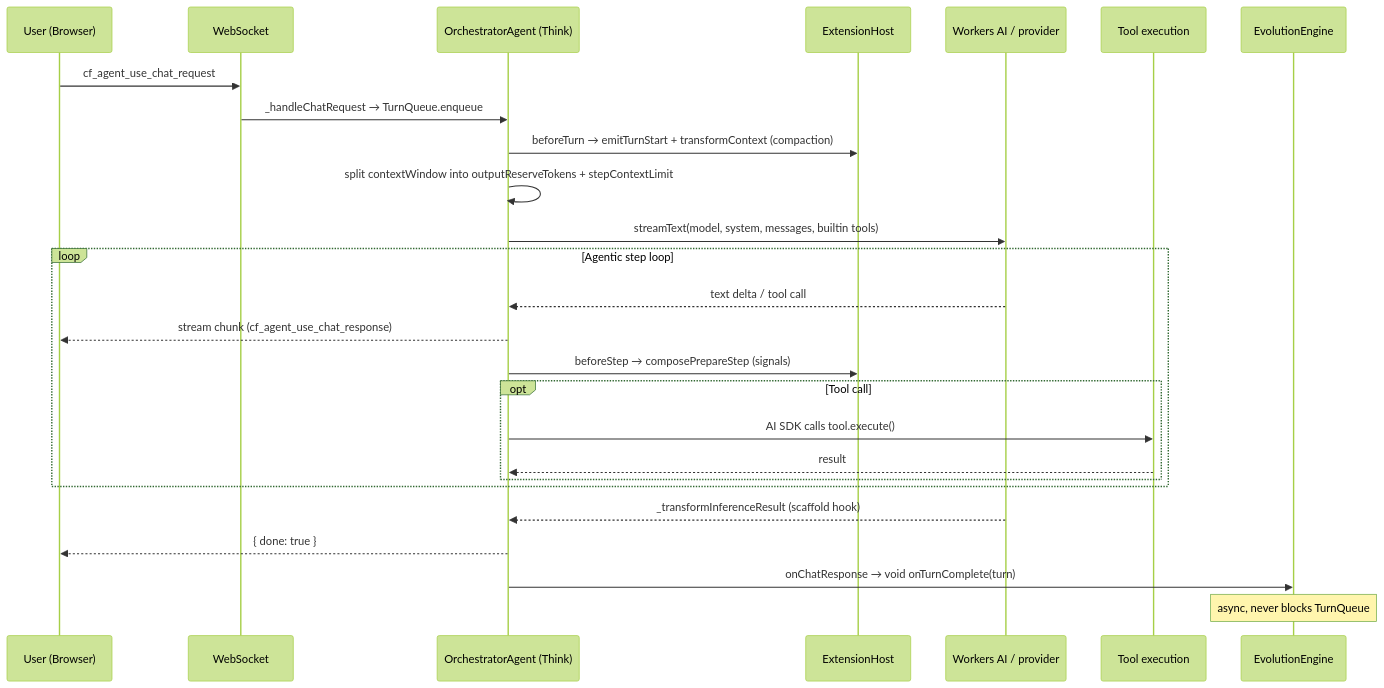
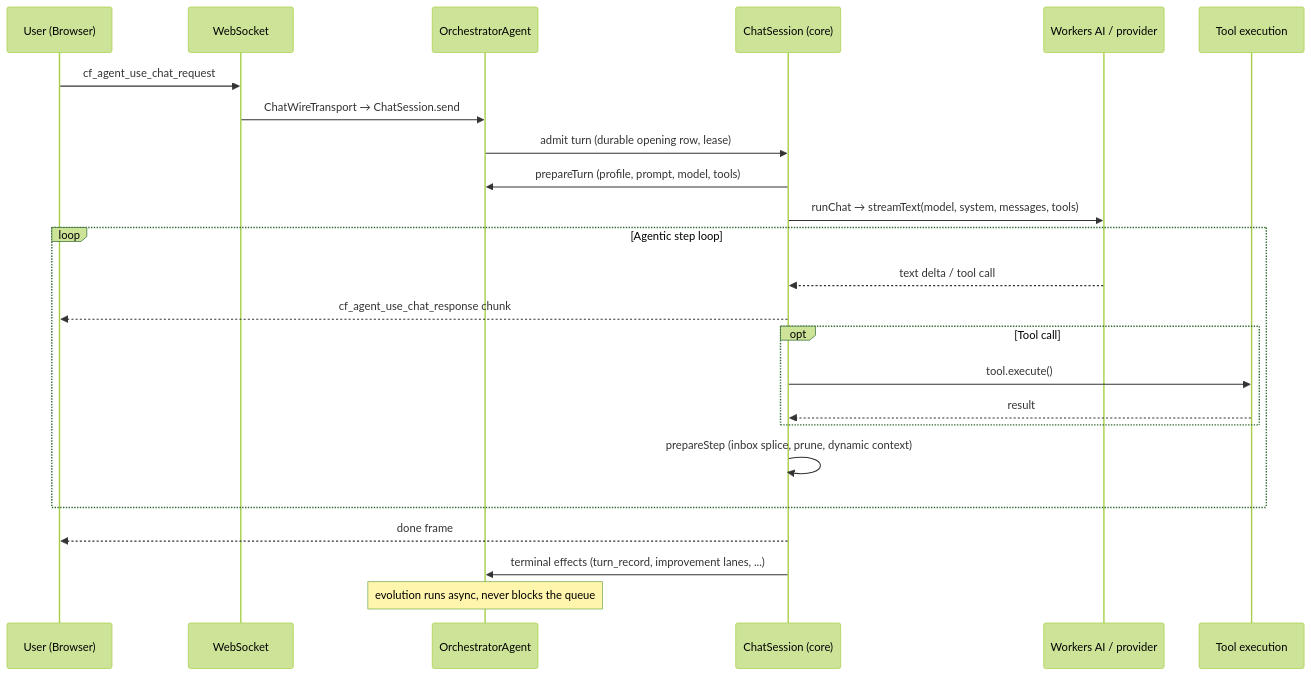
One commit to AshishKumar4/kinu changed the fourth of 5 diagrams in docs/ARCHITECTURE.md. Above: the diagram before and after it, drawn with Mermaid (forest theme). The commit also changed other lines of this file and 7 other files, not shown here.

First line of the commit message:
docs: rewrite the architecture, craft and testing docs for the core turn loop

````diff
--- a/docs/ARCHITECTURE.md
+++ b/docs/ARCHITECTURE.md
@@ -302,29 +296,27 @@
 ```mermaid
 sequenceDiagram
     participant U as User (Browser)
     participant WS as WebSocket
-    participant T as OrchestratorAgent (Think)
-    participant X as ExtensionHost
+    participant T as OrchestratorAgent
+    participant C as ChatSession (core)
     participant LLM as Workers AI / provider
     participant Tools as Tool execution
-    participant Evo as EvolutionEngine
 
     U->>WS: cf_agent_use_chat_request
-    WS->>T: _handleChatRequest → TurnQueue.enqueue
-    T->>X: beforeTurn → emitTurnStart + transformContext (compaction)
-    T->>T: split contextWindow into outputReserveTokens + stepContextLimit
-    T->>LLM: streamText(model, system, messages, builtin tools)
+    WS->>T: ChatWireTransport → ChatSession.send
+    T->>C: admit turn (durable opening row, lease)
+    C->>T: prepareTurn (profile, prompt, model, tools)
+    C->>LLM: runChat → streamText(model, system, messages, tools)
     loop Agentic step loop
-        LLM-->>T: text delta / tool call
-        T-->>U: stream chunk (cf_agent_use_chat_response)
-        T->>X: beforeStep → composePrepareStep (signals)
+        LLM-->>C: text delta / tool call
+        C-->>U: cf_agent_use_chat_response chunk
         opt Tool call
-            T->>Tools: AI SDK calls tool.execute()
-            Tools-->>T: result
+            C->>Tools: tool.execute()
+            Tools-->>C: result
         end
+        C->>C: prepareStep (inbox splice, prune, dynamic context)
     end
-    LLM-->>T: _transformInferenceResult (scaffold hook)
-    T-->>U: { done: true }
-    T->>Evo: onChatResponse → void onTurnComplete(turn)
-    Note over Evo: async, never blocks TurnQueue
+    C-->>U: done frame
+    C->>T: terminal effects (turn_record, improvement lanes, ...)
+    Note over T: evolution runs async, never blocks the queue
 ```
````
